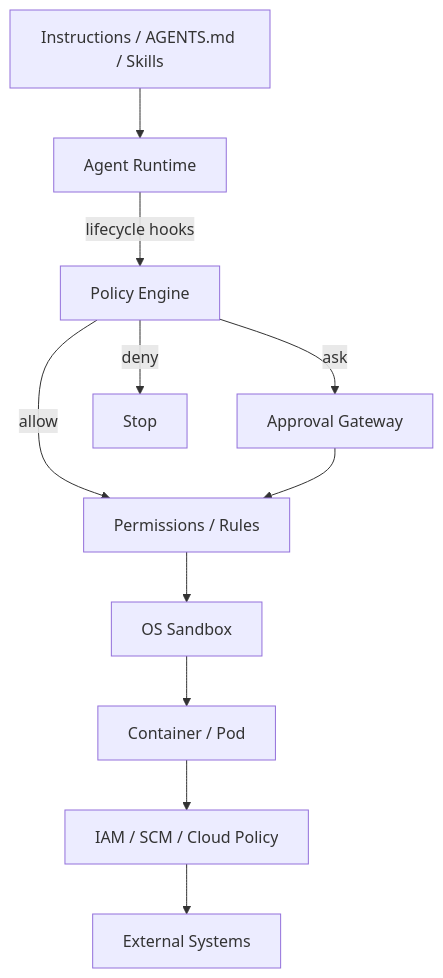
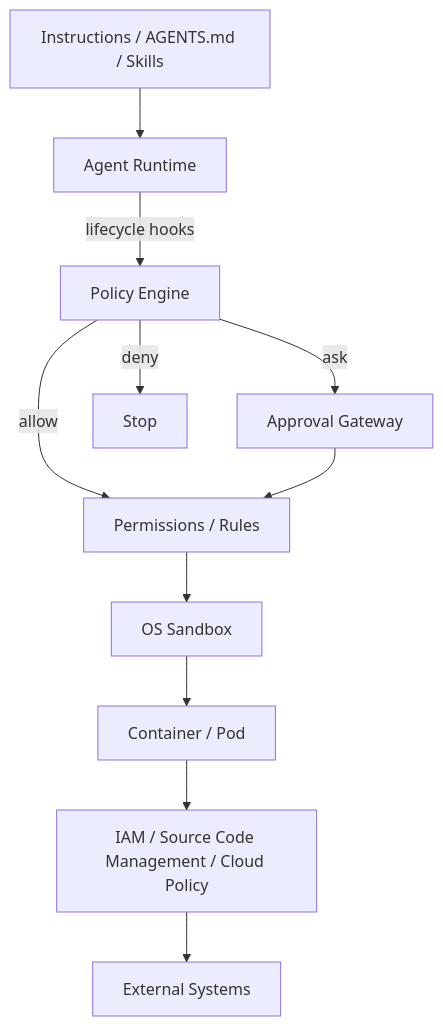
Before and after one commit to tomo-chan/agent-harness: the first of 2 diagrams in README.md, drawn with Mermaid. The commit also changed other lines of this file and 10 other files, not shown here.

````diff
--- a/README.md
+++ b/README.md
@@ -11,13 +11,13 @@
 ```mermaid
 flowchart TD
     A[Instructions / AGENTS.md / Skills] --> B[Agent Runtime]
     B -->|lifecycle hooks| C[Policy Engine]
     C -->|allow| D[Permissions / Rules]
     C -->|ask| E[Approval Gateway]
     C -->|deny| X[Stop]
     E --> D
     D --> F[OS Sandbox]
     F --> G[Container / Pod]
-    G --> H[IAM / SCM / Cloud Policy]
+    G --> H[IAM / Source Code Management / Cloud Policy]
     H --> I[External Systems]
 ```
````
